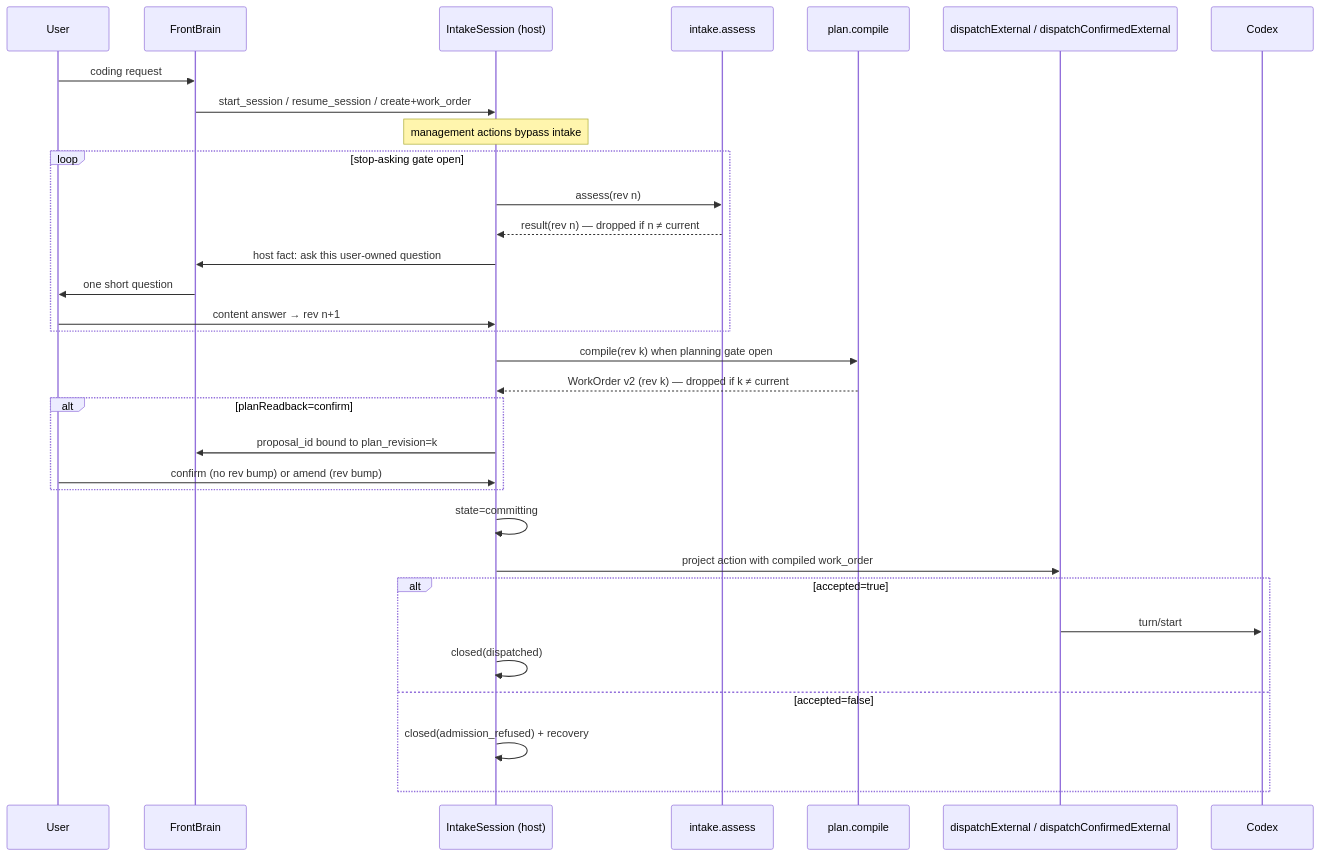
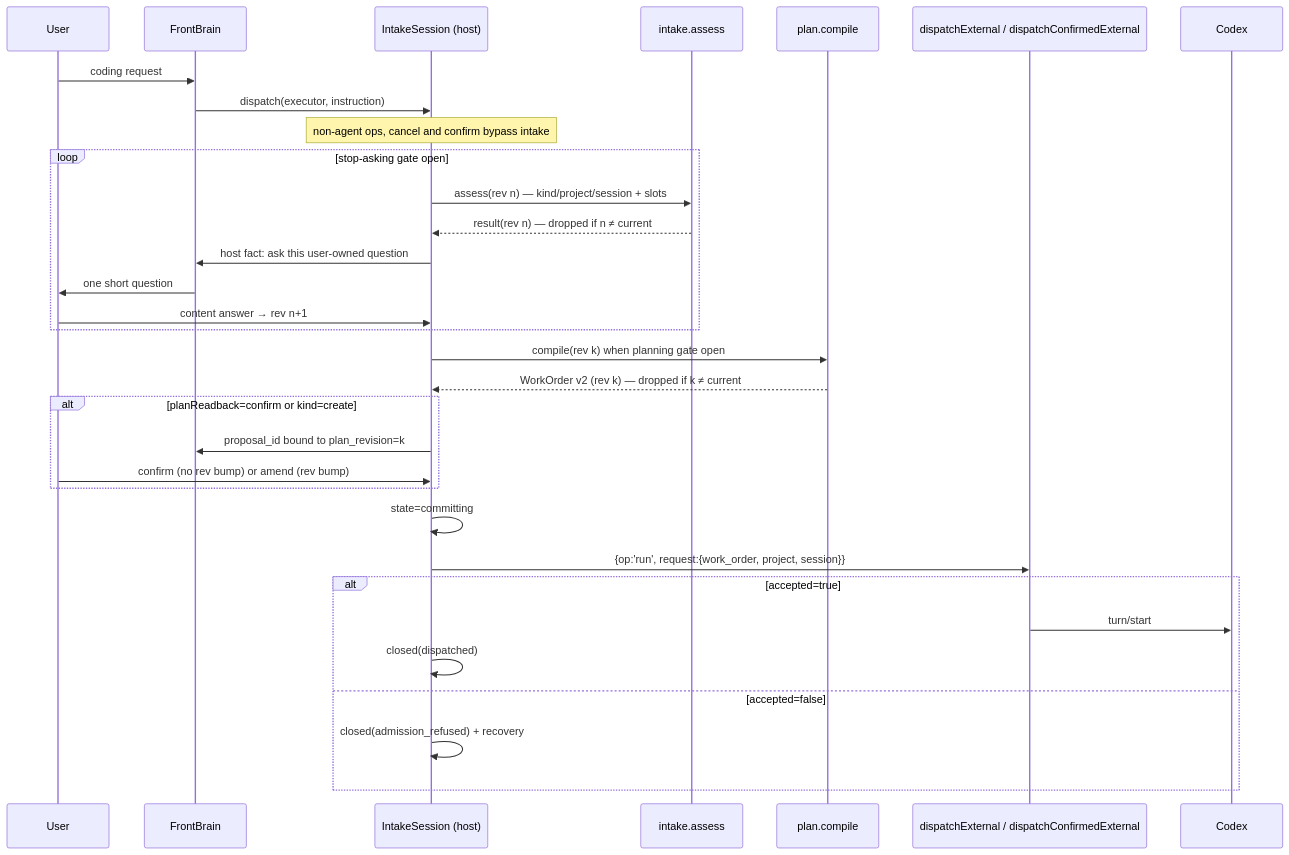
One commit to deepnovacore/NovaAudioAgent changed the diagram in docs/specs/v0.2.0/02-intake-and-planning.md. Above: the diagram before and after it, drawn with Mermaid. The commit also changed other lines of this file and 54 other files, not shown here.

````diff
--- a/docs/specs/v0.2.0/02-intake-and-planning.md
+++ b/docs/specs/v0.2.0/02-intake-and-planning.md
@@ -316,35 +382,35 @@
 ```mermaid
 sequenceDiagram
   participant User
   participant FrontBrain
   participant Intake as IntakeSession (host)
   participant Assess as intake.assess
   participant Plan as plan.compile
   participant Runtime as dispatchExternal / dispatchConfirmedExternal
   participant Codex
 
   User->>FrontBrain: coding request
-  FrontBrain->>Intake: start_session / resume_session / create+work_order
-  Note over Intake: management actions bypass intake
+  FrontBrain->>Intake: dispatch(executor, instruction)
+  Note over Intake: non-agent ops, cancel and confirm bypass intake
   loop stop-asking gate open
-    Intake->>Assess: assess(rev n)
+    Intake->>Assess: assess(rev n) — kind/project/session + slots
     Assess-->>Intake: result(rev n) — dropped if n ≠ current
     Intake->>FrontBrain: host fact: ask this user-owned question
     FrontBrain->>User: one short question
     User->>Intake: content answer → rev n+1
   end
   Intake->>Plan: compile(rev k) when planning gate open
   Plan-->>Intake: WorkOrder v2 (rev k) — dropped if k ≠ current
-  alt planReadback=confirm
+  alt planReadback=confirm or kind=create
     Intake->>FrontBrain: proposal_id bound to plan_revision=k
     User->>Intake: confirm (no rev bump) or amend (rev bump)
   end
   Intake->>Intake: state=committing
-  Intake->>Runtime: project action with compiled work_order
+  Intake->>Runtime: {op:'run', request:{work_order, project, session}}
   alt accepted=true
     Runtime->>Codex: turn/start
     Intake->>Intake: closed(dispatched)
   else accepted=false
     Intake->>Intake: closed(admission_refused) + recovery
   end
 ```
````
